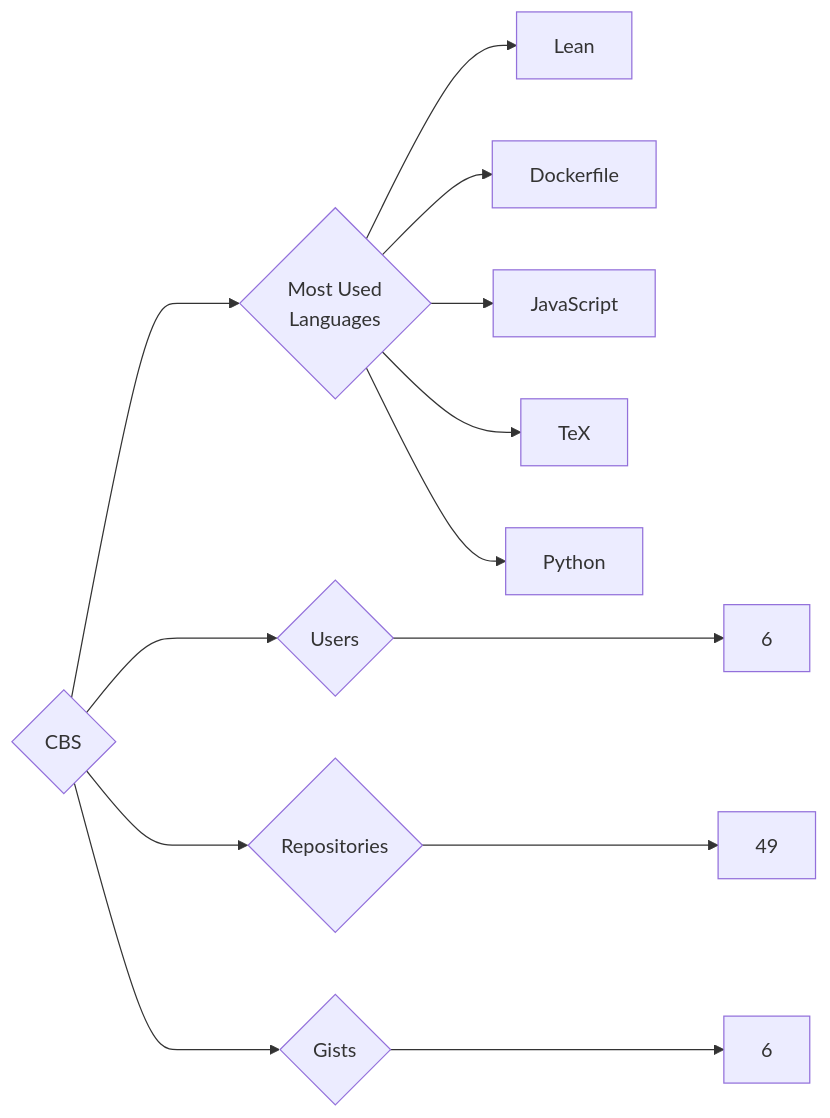
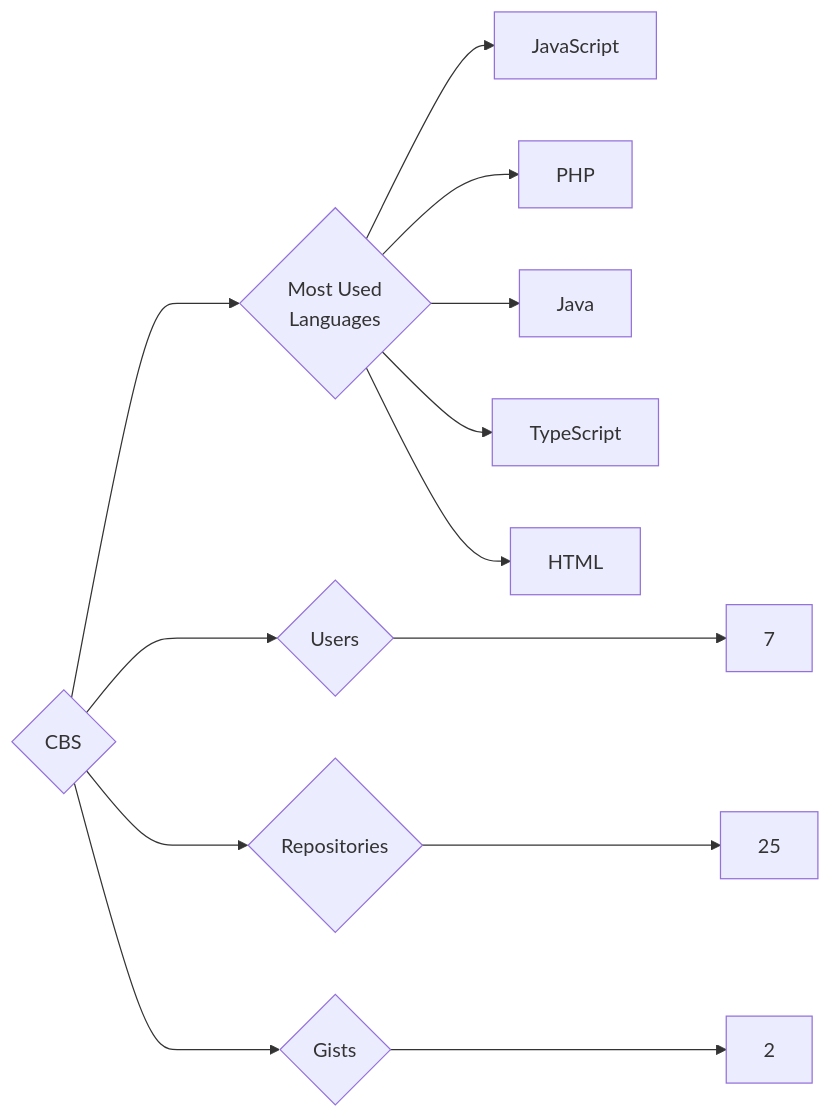
One commit to trickest/insiders changed the diagram in targets/CBS/README.md. Above: the diagram before and after it, drawn with Mermaid. The commit also changed 1120 other files, not shown here.

````diff
--- a/targets/CBS/README.md
+++ b/targets/CBS/README.md
@@ -3,13 +3,13 @@
 ```mermaid
 graph LR
 COMPANY_NAME{CBS}
-COMPANY_NAME ---> U{Users} ---> UN[6]
-COMPANY_NAME ---> R{Repositories} ---> RN[49]
-COMPANY_NAME ---> G{Gists} ---> GN[6]
+COMPANY_NAME ---> U{Users} ---> UN[7]
+COMPANY_NAME ---> R{Repositories} ---> RN[25]
+COMPANY_NAME ---> G{Gists} ---> GN[2]
 COMPANY_NAME ---> ML{Most Used<br>Languages}
-ML --> Lean[Lean]
-ML --> Dockerfile[Dockerfile]
 ML --> JavaScript[JavaScript]
-ML --> TeX[TeX]
-ML --> Python[Python]
+ML --> PHP[PHP]
+ML --> Java[Java]
+ML --> TypeScript[TypeScript]
+ML --> HTML[HTML]
 ```
````
